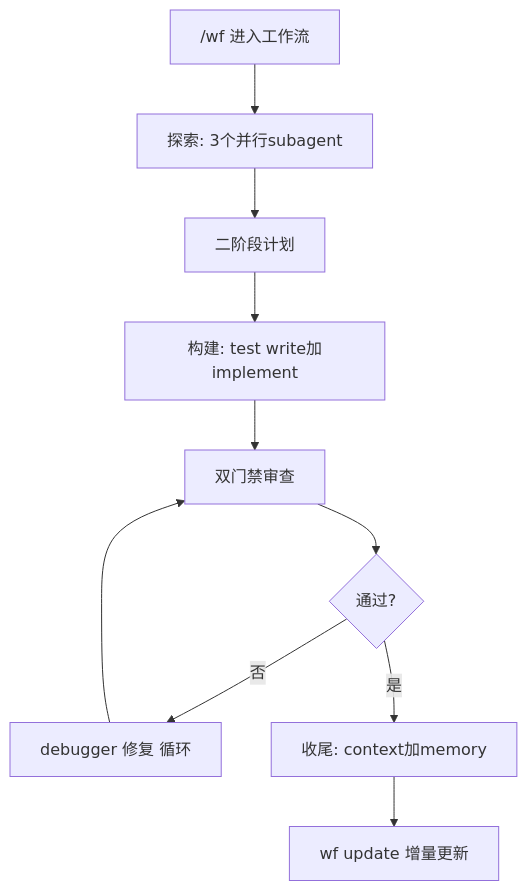
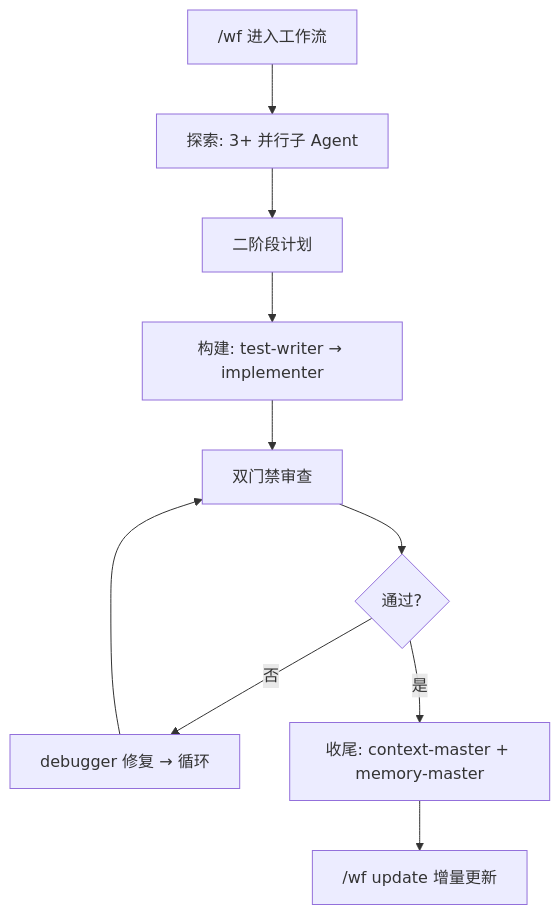
Before and after one commit to zingspark/create-harness-vibe-coding: the diagram in README-CN.md, drawn with Mermaid. The commit also changed other lines of this file and 1 other file, not shown here.

First line of the commit message:
docs: sync README EN/CN — agent prompt top, full CN alignment

````diff
--- a/README-CN.md
+++ b/README-CN.md
@@ -29,12 +93,12 @@
 ```mermaid
 graph TD
-    A[ /wf 进入工作流 ] --> B[ 探索: 3个并行subagent ]
+    A[ /wf 进入工作流 ] --> B[ 探索: 3+ 并行子 Agent ]
     B --> C[ 二阶段计划 ]
-    C --> D[ 构建: test write加implement ]
+    C --> D[ 构建: test-writer → implementer ]
     D --> E[ 双门禁审查 ]
     E --> F{ 通过? }
-    F -->| 否 | G[ debugger 修复 循环 ]
+    F -->| 否 | G[ debugger 修复 → 循环 ]
     G --> E
-    F -->| 是 | H[ 收尾: context加memory ]
-    H --> I[ wf update 增量更新 ]
+    F -->| 是 | H[ 收尾: context-master + memory-master ]
+    H --> I[ /wf update 增量更新 ]
 ```
````
